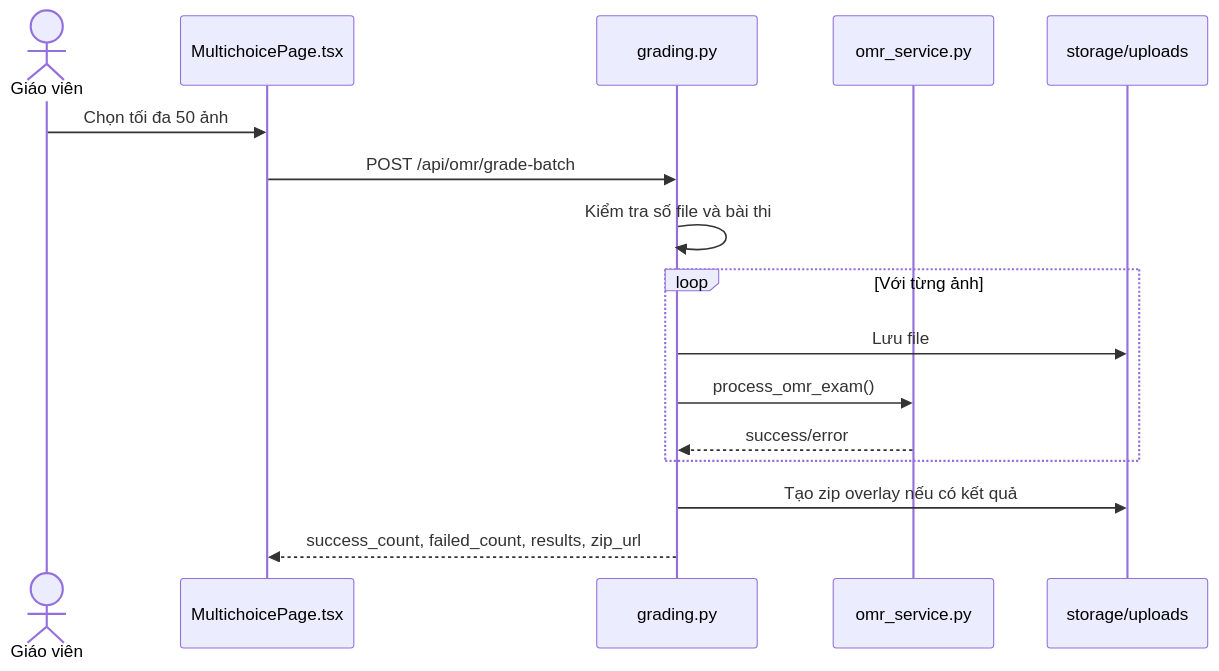
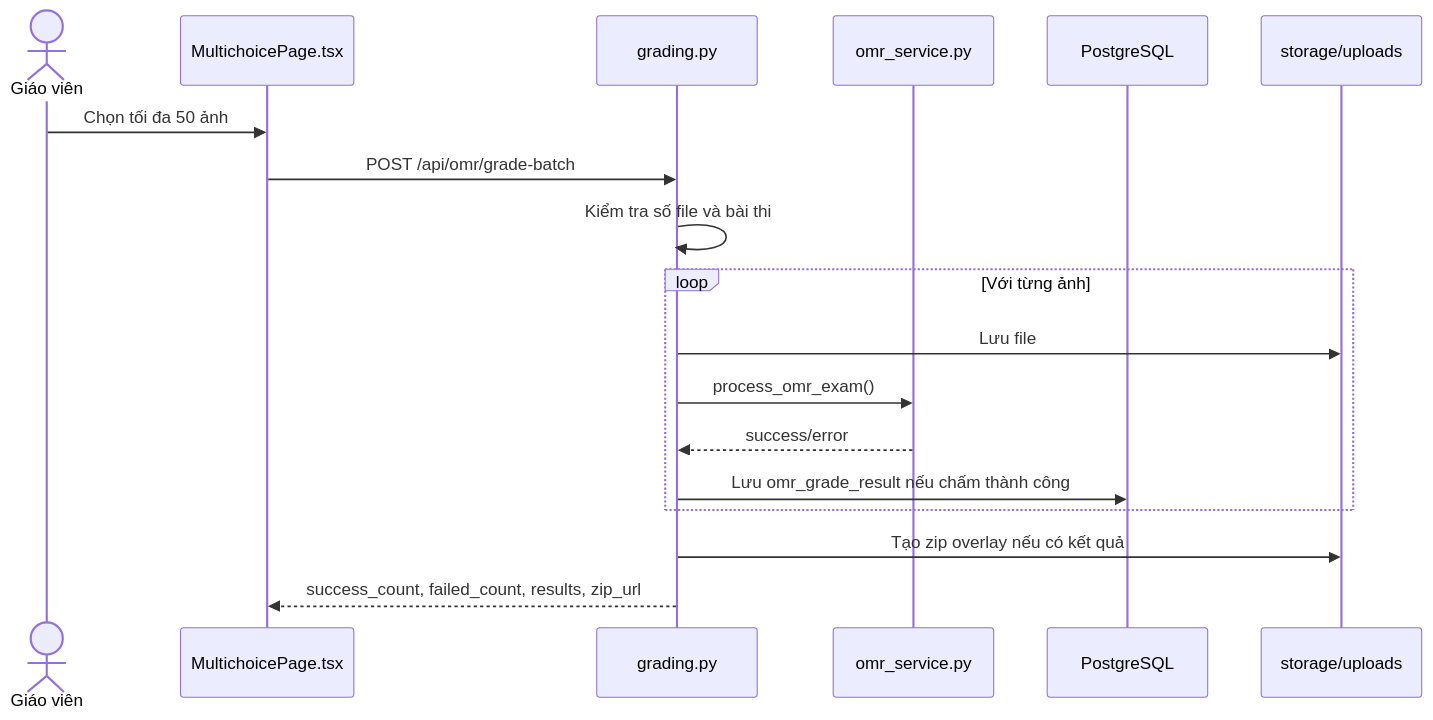
One commit to Dung20225817/DATN changed diagram 11 of 15 in DATN.md. Above: the diagram before and after it, drawn with Mermaid. The commit also changed other lines of this file and 29 other files, not shown here.

````diff
--- a/DATN.md
+++ b/DATN.md
@@ -821,19 +1092,21 @@
 ```mermaid
 sequenceDiagram
     actor Teacher as Giáo viên
     participant FE as MultichoicePage.tsx
     participant API as grading.py
     participant Service as omr_service.py
+    participant DB as PostgreSQL
     participant FS as storage/uploads
 
     Teacher->>FE: Chọn tối đa 50 ảnh
     FE->>API: POST /api/omr/grade-batch
     API->>API: Kiểm tra số file và bài thi
     loop Với từng ảnh
         API->>FS: Lưu file
         API->>Service: process_omr_exam()
         Service-->>API: success/error
+        API->>DB: Lưu omr_grade_result nếu chấm thành công
     end
     API->>FS: Tạo zip overlay nếu có kết quả
     API-->>FE: success_count, failed_count, results, zip_url
 ```
````
